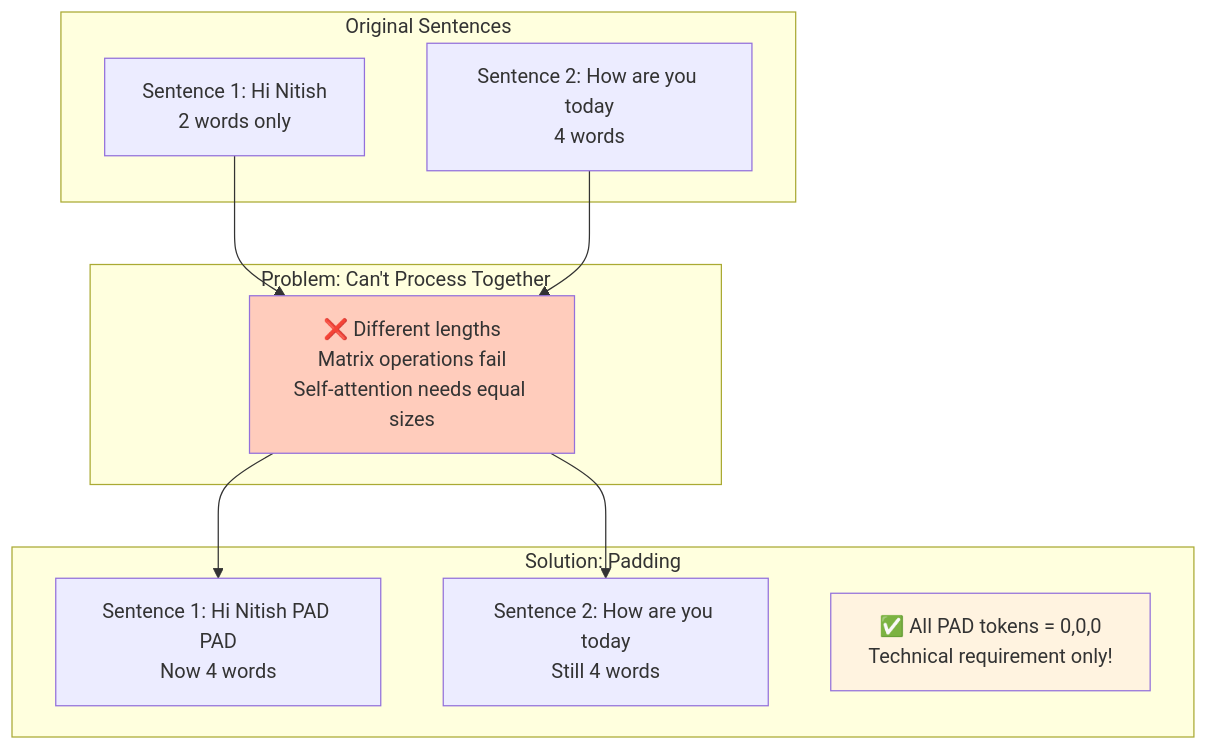
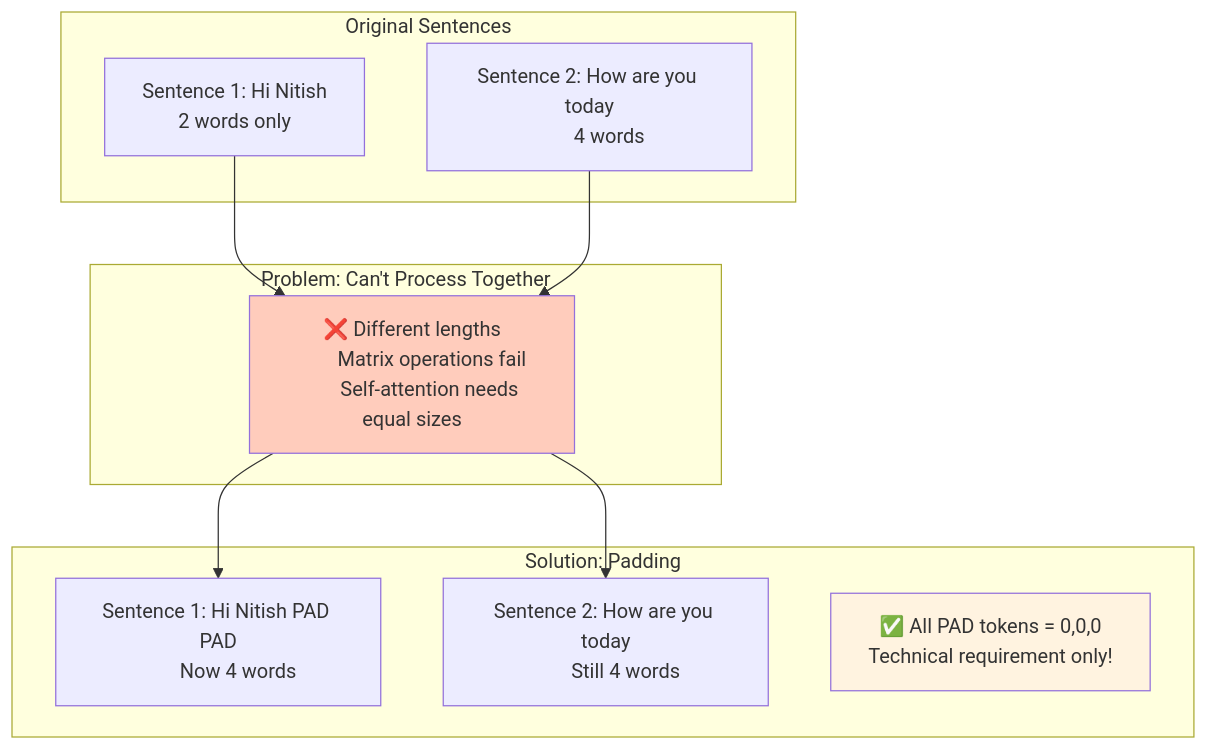
Diagram 12 of 26 in CampusX/100-days-deep-learning/79-layer-normalization-in-transformers.md (Sankhyesh/AI-Learning-Roadmap-2024), drawn with Mermaid before and after one commit. The commit also changed other lines of this file, not shown here.

Commit message:
feat: Enhance normalization documentation with clearer mermaid diagrams and explanations

````diff
--- a/CampusX/100-days-deep-learning/79-layer-normalization-in-transformers.md
+++ b/CampusX/100-days-deep-learning/79-layer-normalization-in-transformers.md
@@ -297,25 +375,32 @@
 ```mermaid
 graph TD
     subgraph "Original Sentences"
-        A[Sentence 1: Hi Nitish<br/>2 words only]
-        B[Sentence 2: How are you today<br/>4 words]
+        A["Sentence 1: Hi Nitish
+        2 words only"]
+        B["Sentence 2: How are you today
+        4 words"]
     end
     
     subgraph "Problem: Can't Process Together"
-        C[❌ Different lengths<br/>Matrix operations fail<br/>Self-attention needs equal sizes]
+        C["❌ Different lengths
+        Matrix operations fail
+        Self-attention needs equal sizes"]
     end
     
     subgraph "Solution: Padding"
-        D[Sentence 1: Hi Nitish PAD PAD<br/>Now 4 words]
-        E[Sentence 2: How are you today<br/>Still 4 words]
-        F[✅ All PAD tokens = 0,0,0<br/>Technical requirement only!]
+        D["Sentence 1: Hi Nitish PAD PAD
+        Now 4 words"]
+        E["Sentence 2: How are you today
+        Still 4 words"]
+        F["✅ All PAD tokens = 0,0,0
+        Technical requirement only!"]
     end
     
     A --> C
     B --> C
     C --> D
     C --> E
     
     style C fill:#ffccbc
     style F fill:#fff3e0
 ```
````
